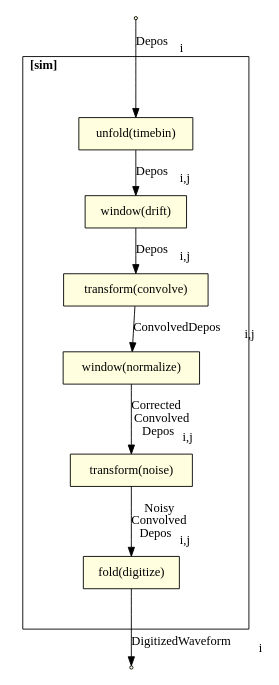
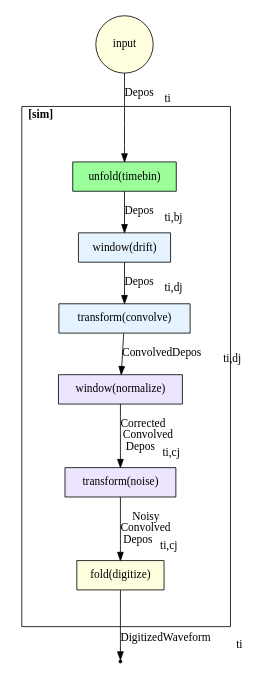
Before and after one commit to Framework-R-D/phlex-design: the diagram in workflows/wirecell-charge-waveform-sim-func.gv, drawn with Graphviz. The commit also changed 3 other files, not shown here.

```diff
--- a/workflows/wirecell-charge-waveform-sim-func.gv
+++ b/workflows/wirecell-charge-waveform-sim-func.gv
@@ -1,28 +1,28 @@
 digraph g {
   size="8,5.5"
-  node [shape=rounded, style=filled, fillcolor=lightyellow];
+  node [shape=rounded, style=filled];
 
-  source [label="input", shape=point, style=filled]
+  source [label="input", shape=circle, fillcolor=lightyellow]
 
   subgraph cluster_sim {
     label=<<b>[sim]</b>>
     labeljust=left
     margin=45
-    unfold [label="unfold(timebin)"]
-    noise [label="transform(noise)"]
-    convolve [label="transform(convolve)"]
-    fold[label="fold(digitize)"]
-    window1 [label="window(drift)"]
-    window2 [label="window(normalize)"]
+    unfold [label="unfold(timebin)", fillcolor=palegreen1]
+    window1 [label="window(drift)", fillcolor="0.583,0.1,1.0"]
+    convolve [label="transform(convolve)", fillcolor="0.583,0.1,1.0"]
+    window2 [label="window(normalize)", fillcolor="0.720,0.1,1.0"]
+    noise [label="transform(noise)", fillcolor="0.720,0.1,1.0"]
+    fold[label="fold(digitize)", fillcolor=lightyellow]
   }
   sink [label="output", shape=point, style=filled]
 
-  source -> unfold [label=< Depos<sub>i</sub>>]
-  unfold -> window1 [label=< Depos<sub>i,j</sub>>]
-  window1 -> convolve [label=< Depos<sub>i,j</sub>>]
-  convolve -> window2 [label=< ConvolvedDepos<sub>i,j</sub>>]
-  window2 -> noise [label=< Corrected <br/>Convolved<br/>Depos<sub>i,j</sub><br/>>]
-  noise -> fold [label=< Noisy<br/>Convolved<br/>Depos<sub>i,j</sub><br/>>]
-  fold -> sink [label=< DigitizedWaveform<sub>i</sub>>]
+  source -> unfold [label=< Depos<sub>ti</sub>>]
+  unfold -> window1 [label=< Depos<sub>ti,bj</sub>>]
+  window1 -> convolve [label=< Depos<sub>ti,dj</sub>>]
+  convolve -> window2 [label=< ConvolvedDepos<sub>ti,dj</sub>>]
+  window2 -> noise [label=< Corrected <br/>Convolved<br/>Depos<sub>ti,cj</sub><br/>>]
+  noise -> fold [label=< Noisy<br/>Convolved<br/>Depos<sub>ti,cj</sub><br/>>]
+  fold -> sink [label=< DigitizedWaveform<sub>ti</sub>>]
 
 }
```
